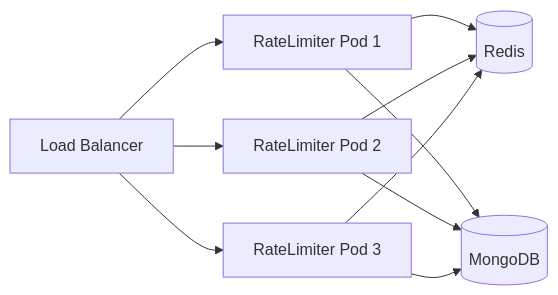
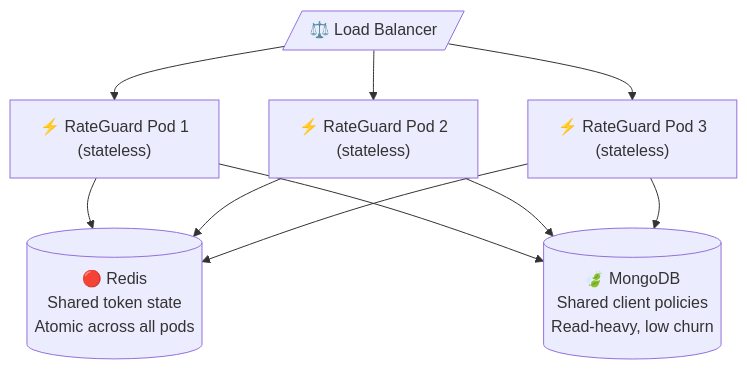
Before and after one commit to ramalokeshreddyp/RateGuard: the sixth of 7 diagrams in ARCHITECTURE.md, drawn with Mermaid. The commit also changed other lines of this file and 9 other files, not shown here.

````diff
--- a/ARCHITECTURE.md
+++ b/ARCHITECTURE.md
@@ -162,14 +316,9 @@
 ```mermaid
-flowchart LR
-    LB[Load Balancer] --> S1[RateLimiter Pod 1]
-    LB --> S2[RateLimiter Pod 2]
-    LB --> S3[RateLimiter Pod 3]
+flowchart TB
+    LB[/"⚖️ Load Balancer"/] --> P1["⚡ RateGuard Pod 1\n(stateless)"]
+    LB --> P2["⚡ RateGuard Pod 2\n(stateless)"]
+    LB --> P3["⚡ RateGuard Pod 3\n(stateless)"]
 
-    S1 --> R[(Redis)]
-    S2 --> R
-    S3 --> R
-
-    S1 --> M[(MongoDB)]
-    S2 --> M
-    S3 --> M
+    P1 & P2 & P3 --> R[("🔴 Redis\nShared token state\nAtomic across all pods")]
+    P1 & P2 & P3 --> M[("🍃 MongoDB\nShared client policies\nRead-heavy, low churn")]
 ```
````
